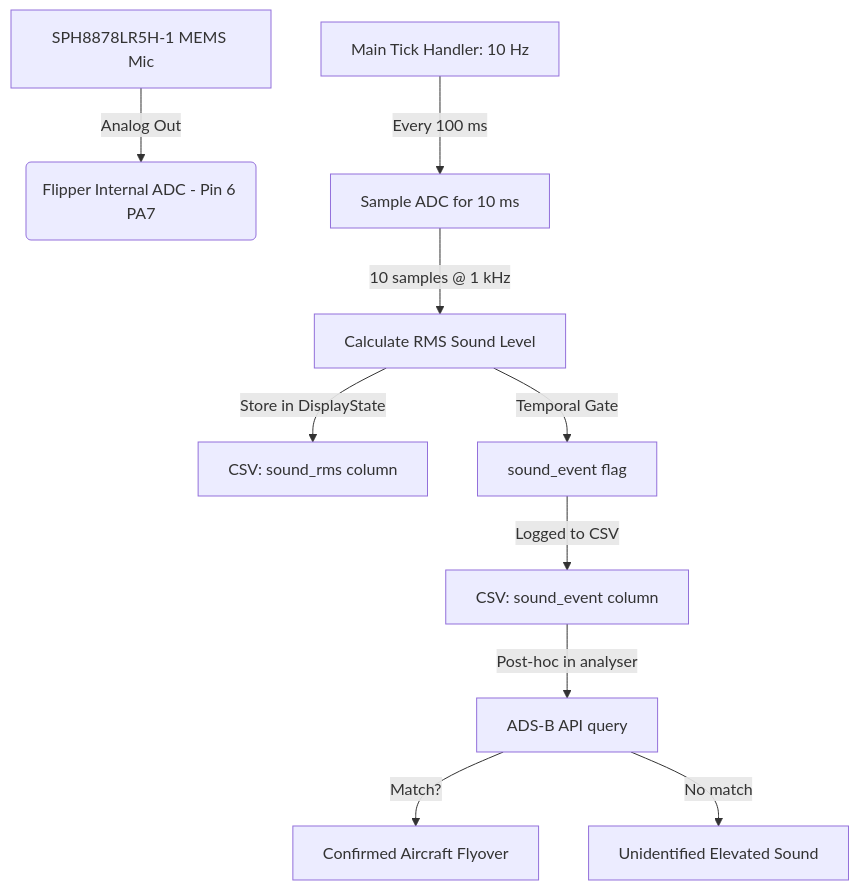
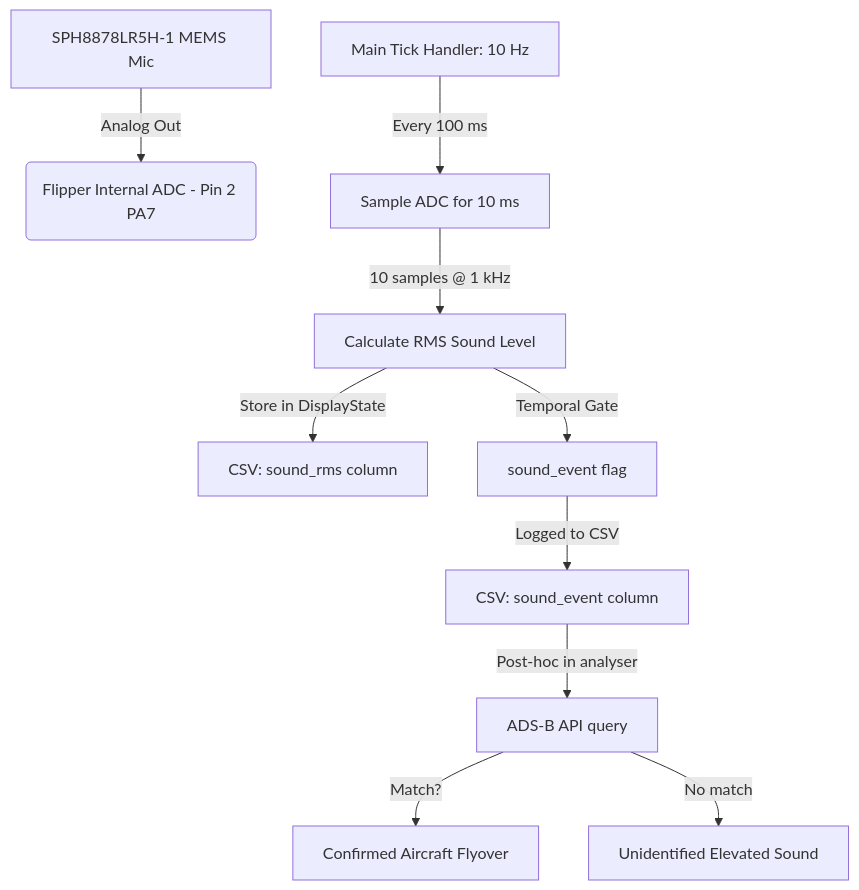
Before and after one commit to Softhook/BioMapping: the diagram in docs/acoustic_aircraft_detection_proposal.md, drawn with Mermaid. The commit also changed other lines of this file, not shown here.

````diff
--- a/docs/acoustic_aircraft_detection_proposal.md
+++ b/docs/acoustic_aircraft_detection_proposal.md
@@ -15,12 +21,12 @@
 ```mermaid
 graph TD
-    A[SPH8878LR5H-1 MEMS Mic] -->|Analog Out| B(Flipper Internal ADC - Pin 6 PA7)
+    A[SPH8878LR5H-1 MEMS Mic] -->|Analog Out| B(Flipper Internal ADC - Pin 2 PA7)
     C[Main Tick Handler: 10 Hz] -->|Every 100 ms| D[Sample ADC for 10 ms]
     D -->|10 samples @ 1 kHz| E[Calculate RMS Sound Level]
     E -->|Store in DisplayState| F[CSV: sound_rms column]
     E -->|Temporal Gate| G[sound_event flag]
     G -->|Logged to CSV| H[CSV: sound_event column]
     H -->|Post-hoc in analyser| I[ADS-B API query]
     I -->|Match?| J[Confirmed Aircraft Flyover]
     I -->|No match| K[Unidentified Elevated Sound]
 ```
````
